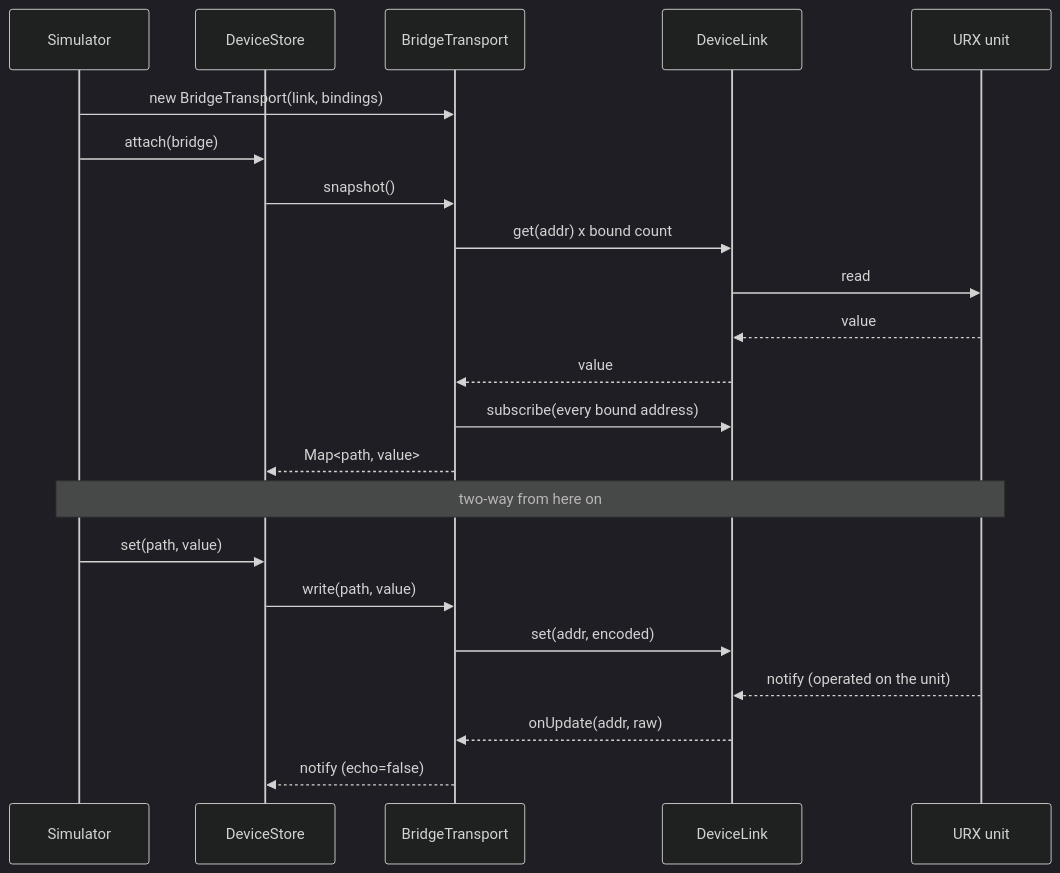
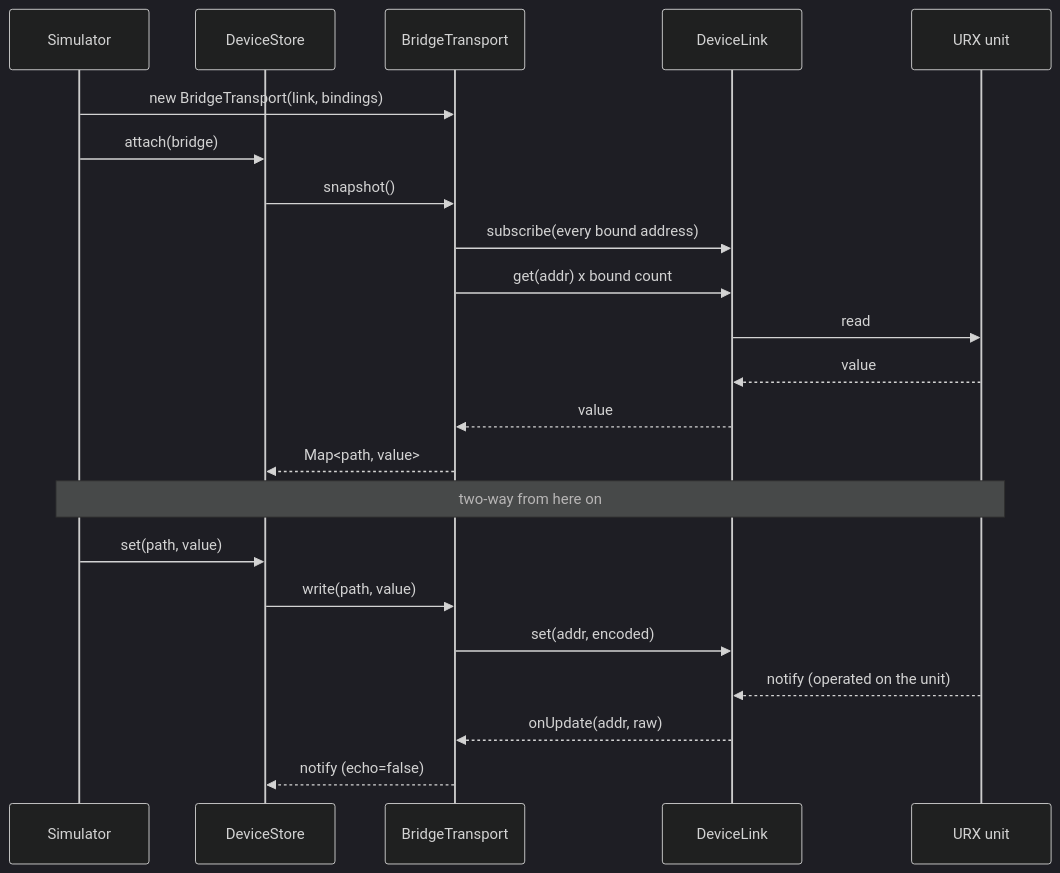
One commit to semnil/urx-lcd-sim changed the diagram in docs/en/device-integration.md. Above: the diagram before and after it, drawn with Mermaid (dark theme). The commit also changed other lines of this file and 5 other files, not shown here.

````diff
--- a/docs/en/device-integration.md
+++ b/docs/en/device-integration.md
@@ -51,25 +52,25 @@
 ```mermaid
 sequenceDiagram
   participant App as Simulator
   participant Store as DeviceStore
   participant Bridge as BridgeTransport
   participant DevLink as DeviceLink
   participant Unit as URX unit
 
   App->>Bridge: new BridgeTransport(link, bindings)
   App->>Store: attach(bridge)
   Store->>Bridge: snapshot()
+  Bridge->>DevLink: subscribe(every bound address)
   Bridge->>DevLink: get(addr) x bound count
   DevLink->>Unit: read
   Unit-->>DevLink: value
   DevLink-->>Bridge: value
-  Bridge->>DevLink: subscribe(every bound address)
   Bridge-->>Store: Map<path, value>
   Note over App,Unit: two-way from here on
   App->>Store: set(path, value)
   Store->>Bridge: write(path, value)
   Bridge->>DevLink: set(addr, encoded)
   Unit-->>DevLink: notify (operated on the unit)
   DevLink-->>Bridge: onUpdate(addr, raw)
   Bridge-->>Store: notify (echo=false)
 ```
````
